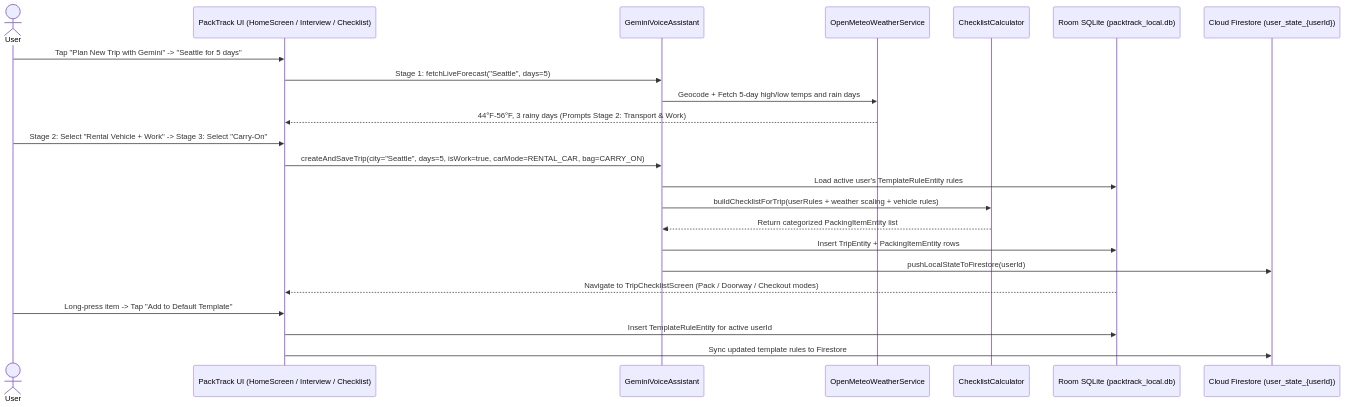
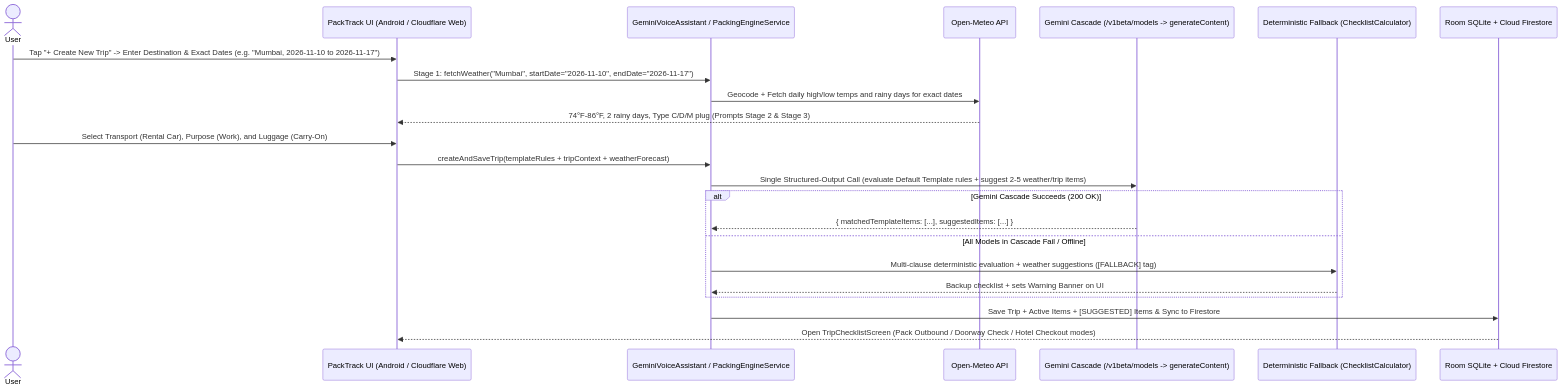
One commit to madhavsankar/PackTrack changed the second of 2 diagrams in README.md. Above: the diagram before and after it, drawn with Mermaid. The commit also changed other lines of this file, not shown here.

Commit message:
Update README with exact-date interview, Gemini model cascade, custom categories, and Firebase App Distribution

````diff
--- a/README.md
+++ b/README.md
@@ -90,26 +95,26 @@
 ```mermaid
 sequenceDiagram
     actor User
-    participant UI as PackTrack UI (HomeScreen / Interview / Checklist)
-    participant Asst as GeminiVoiceAssistant
-    participant Weather as OpenMeteoWeatherService
-    participant Calc as ChecklistCalculator
-    participant Room as Room SQLite (packtrack_local.db)
-    participant Cloud as Cloud Firestore (user_state_{userId})
+    participant UI as PackTrack UI (Android / Cloudflare Web)
+    participant Engine as GeminiVoiceAssistant / PackingEngineService
+    participant Weather as Open-Meteo API
+    participant Gemini as Gemini Cascade (/v1beta/models -> generateContent)
+    participant Calc as Deterministic Fallback (ChecklistCalculator)
+    participant Store as Room SQLite + Cloud Firestore
 
-    User->>UI: Tap "Plan New Trip with Gemini" -> "Seattle for 5 days"
-    UI->>Asst: Stage 1: fetchLiveForecast("Seattle", days=5)
-    Asst->>Weather: Geocode + Fetch 5-day high/low temps and rain days
-    Weather-->>UI: 44°F-56°F, 3 rainy days (Prompts Stage 2: Transport & Work)
-    User->>UI: Stage 2: Select "Rental Vehicle + Work" -> Stage 3: Select "Carry-On"
-    UI->>Asst: createAndSaveTrip(city="Seattle", days=5, isWork=true, carMode=RENTAL_CAR, bag=CARRY_ON)
-    Asst->>Room: Load active user's TemplateRuleEntity rules
-    Asst->>Calc: buildChecklistForTrip(userRules + weather scaling + vehicle rules)
-    Calc-->>Asst: Return categorized PackingItemEntity list
-    Asst->>Room: Insert TripEntity + PackingItemEntity rows
-    Asst->>Cloud: pushLocalStateToFirestore(userId)
-    Room-->>UI: Navigate to TripChecklistScreen (Pack / Doorway / Checkout modes)
-    User->>UI: Long-press item -> Tap "Add to Default Template"
-    UI->>Room: Insert TemplateRuleEntity for active userId
-    UI->>Cloud: Sync updated template rules to Firestore
+    User->>UI: Tap "+ Create New Trip" -> Enter Destination & Exact Dates (e.g. "Mumbai, 2026-11-10 to 2026-11-17")
+    UI->>Engine: Stage 1: fetchWeather("Mumbai", startDate="2026-11-10", endDate="2026-11-17")
+    Engine->>Weather: Geocode + Fetch daily high/low temps and rainy days for exact dates
+    Weather-->>UI: 74°F-86°F, 2 rainy days, Type C/D/M plug (Prompts Stage 2 & Stage 3)
+    User->>UI: Select Transport (Rental Car), Purpose (Work), and Luggage (Carry-On)
+    UI->>Engine: createAndSaveTrip(templateRules + tripContext + weatherForecast)
+    Engine->>Gemini: Single Structured-Output Call (evaluate Default Template rules + suggest 2-5 weather/trip items)
+    alt Gemini Cascade Succeeds (200 OK)
+        Gemini-->>Engine: { matchedTemplateItems: [...], suggestedItems: [...] }
+    else All Models in Cascade Fail / Offline
+        Engine->>Calc: Multi-clause deterministic evaluation + weather suggestions ([FALLBACK] tag)
+        Calc-->>Engine: Backup checklist + sets Warning Banner on UI
+    end
+    Engine->>Store: Save Trip + Active Items + [SUGGESTED] Items & Sync to Firestore
+    Store-->>UI: Open TripChecklistScreen (Pack Outbound / Doorway Check / Hotel Checkout modes)
 ```
````
